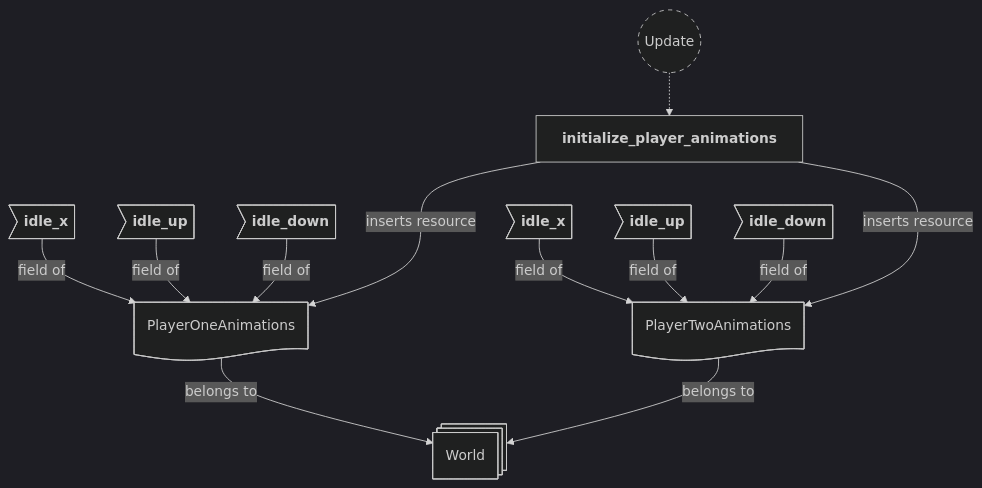
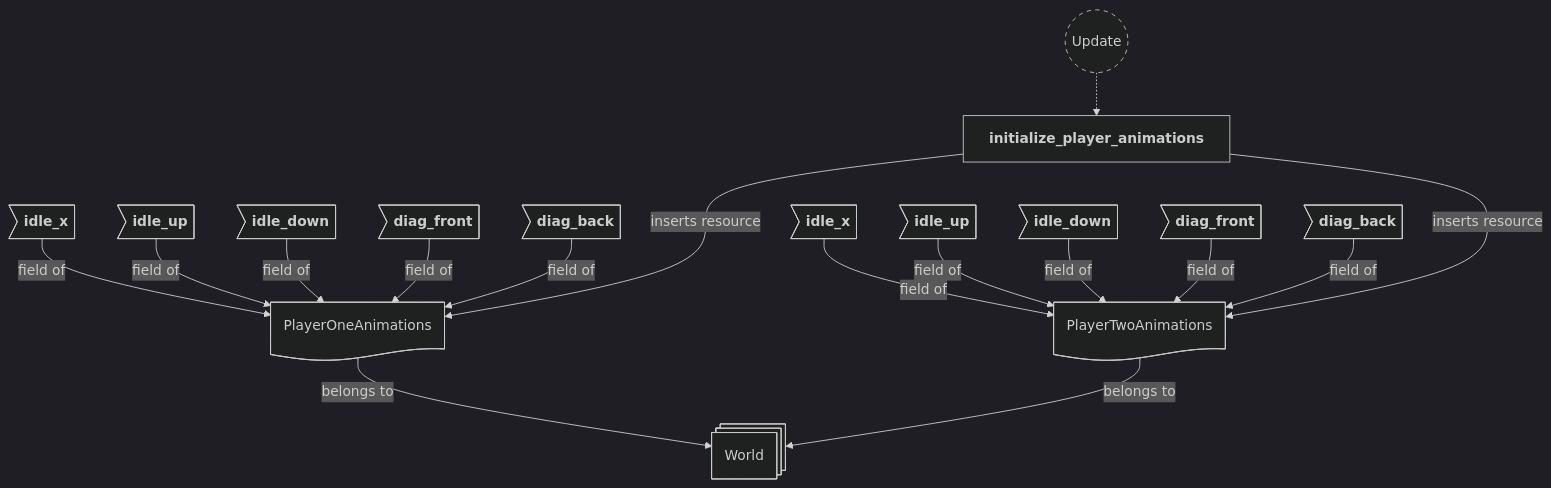
Diagram 12 of 20 in backlog/docs/doc-5 - 004-Animations-plugin.md (neurosoup/tyled), drawn with Mermaid before and after one commit. The commit also changed other lines of this file and 8 other files, not shown here.

````diff
--- a/backlog/docs/doc-5 - 004-Animations-plugin.md
+++ b/backlog/docs/doc-5 - 004-Animations-plugin.md
@@ -471,39 +481,47 @@
 ```mermaid
 ---
 config:
   theme: dark
 ---
 
 flowchart TD
 classDef system-group stroke-dasharray: 5 5
 
 update(("`Update`")):::system-group
 initialize_player_animations["`**initialize_player_animations**`"]
 
 update -.-> initialize_player_animations
 
 world@{ shape: st-rect, label: "World" }
 
 p1_res@{ shape: doc, label: "PlayerOneAnimations" }
 p2_res@{ shape: doc, label: "PlayerTwoAnimations" }
 
 p1_idle_x>"`**idle_x**`"]
 p1_idle_up>"`**idle_up**`"]
 p1_idle_down>"`**idle_down**`"]
+p1_diag_front>"`**diag_front**`"]
+p1_diag_back>"`**diag_back**`"]
 
 p2_idle_x>"`**idle_x**`"]
 p2_idle_up>"`**idle_up**`"]
 p2_idle_down>"`**idle_down**`"]
+p2_diag_front>"`**diag_front**`"]
+p2_diag_back>"`**diag_back**`"]
 
 p1_res --> |belongs to| world
 p2_res --> |belongs to| world
 p1_idle_x --> |field of| p1_res
 p1_idle_up --> |field of| p1_res
 p1_idle_down --> |field of| p1_res
+p1_diag_front --> |field of| p1_res
+p1_diag_back --> |field of| p1_res
 p2_idle_x --> |field of| p2_res
 p2_idle_up --> |field of| p2_res
 p2_idle_down --> |field of| p2_res
+p2_diag_front --> |field of| p2_res
+p2_diag_back --> |field of| p2_res
 
 initialize_player_animations ---> |inserts resource| p1_res
 initialize_player_animations ---> |inserts resource| p2_res
 ```
````
